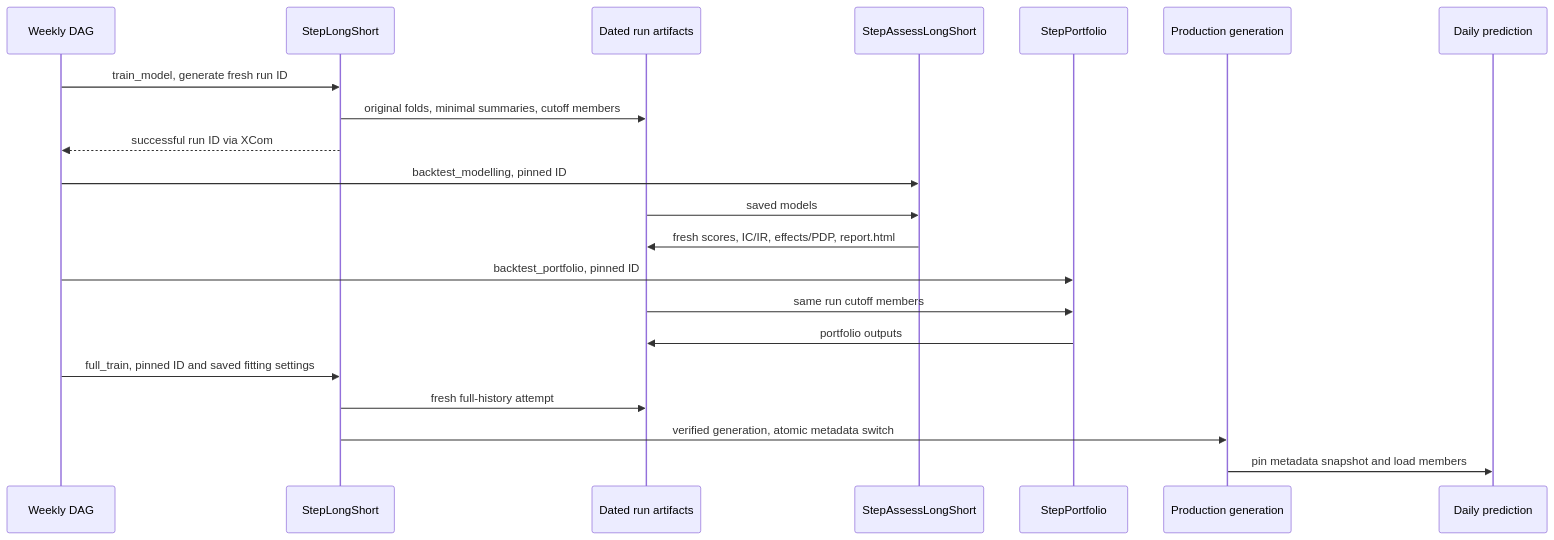
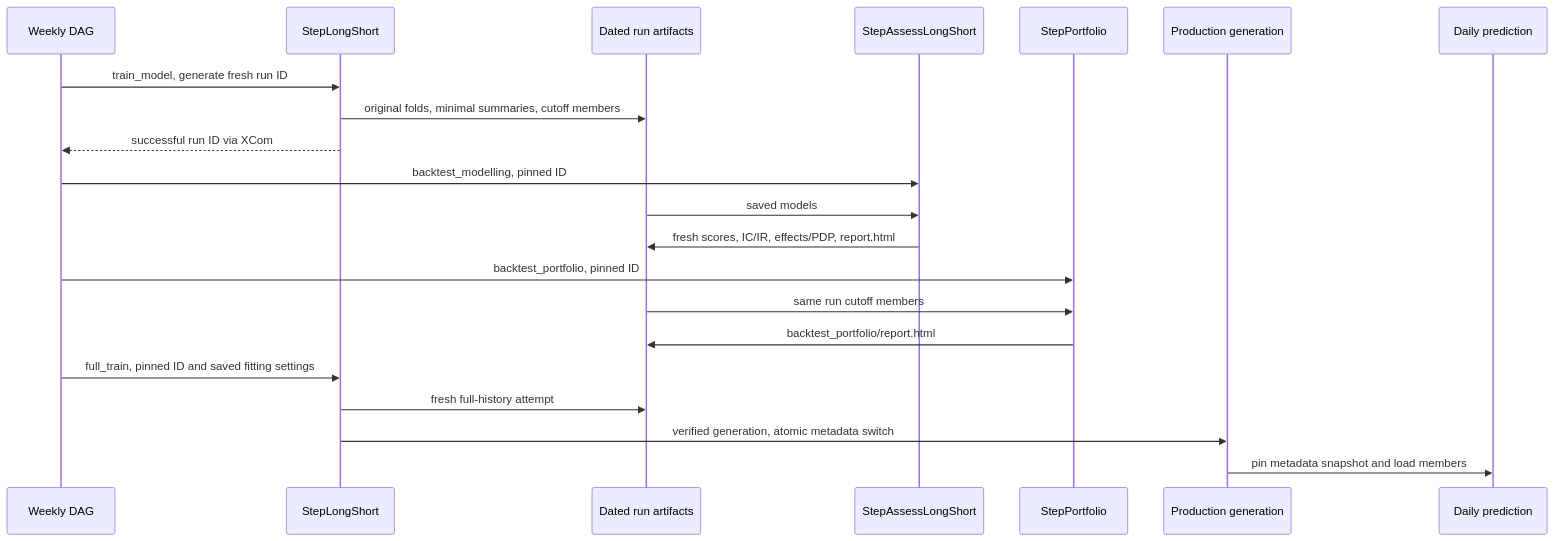
Before and after one commit to alexandredelarrard/PEA: the diagram in wiki/flows/model-training-and-prediction.md, drawn with Mermaid. The commit also changed other lines of this file and 23 other files, not shown here.

```diff
--- a/wiki/flows/model-training-and-prediction.md
+++ b/wiki/flows/model-training-and-prediction.md
@@ -16,23 +16,23 @@
 ~~~mermaid
 sequenceDiagram
   participant Weekly as Weekly DAG
   participant Train as StepLongShort
   participant Files as Dated run artifacts
   participant Assess as StepAssessLongShort
   participant Portfolio as StepPortfolio
   participant Production as Production generation
   participant Daily as Daily prediction
   Weekly->>Train: train_model, generate fresh run ID
   Train->>Files: original folds, minimal summaries, cutoff members
   Train-->>Weekly: successful run ID via XCom
   Weekly->>Assess: backtest_modelling, pinned ID
   Files->>Assess: saved models
   Assess->>Files: fresh scores, IC/IR, effects/PDP, report.html
   Weekly->>Portfolio: backtest_portfolio, pinned ID
   Files->>Portfolio: same run cutoff members
-  Portfolio->>Files: portfolio outputs
+  Portfolio->>Files: backtest_portfolio/report.html
   Weekly->>Train: full_train, pinned ID and saved fitting settings
   Train->>Files: fresh full-history attempt
   Train->>Production: verified generation, atomic metadata switch
   Production->>Daily: pin metadata snapshot and load members
 ~~~
```
